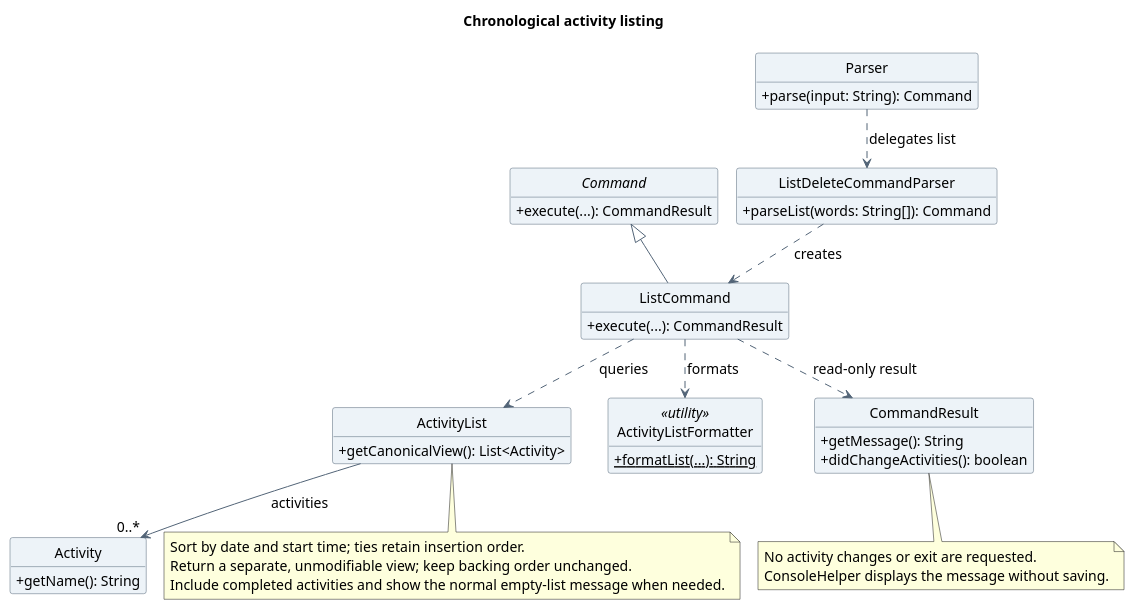
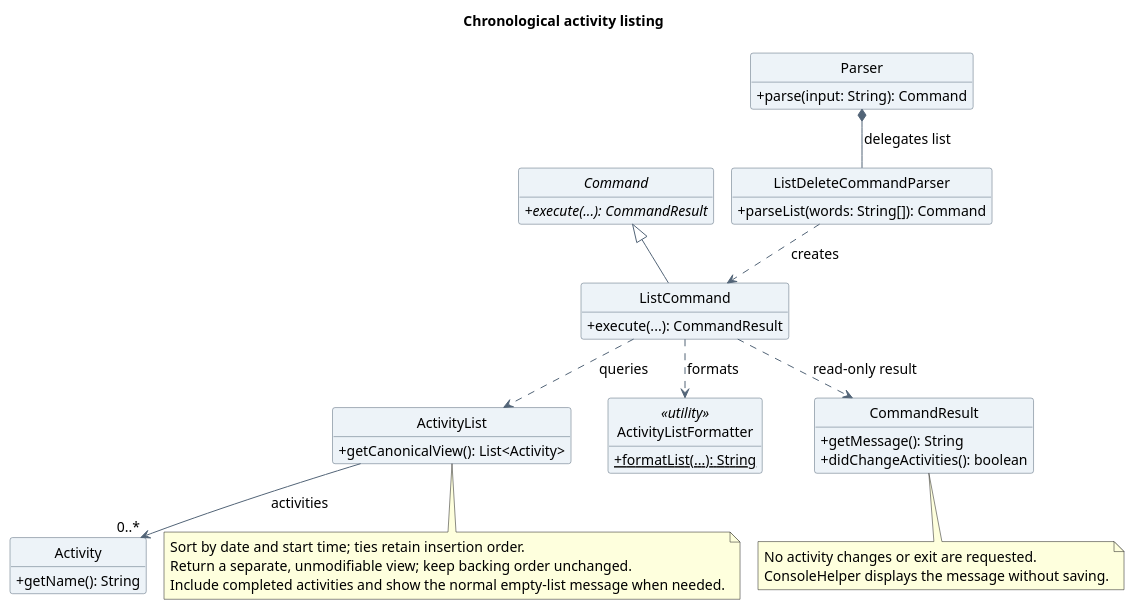
The diagram in docs/diagrams/asyraf/class/ListActivityClassDiagram.puml (AY2627S1-CS2113-T10-4/tp), drawn with PlantUML before and after one commit. The commit also changed 29 other files, not shown here.

First line of the commit message:
Align class diagrams with course UML notation

```diff
--- a/docs/diagrams/asyraf/class/ListActivityClassDiagram.puml
+++ b/docs/diagrams/asyraf/class/ListActivityClassDiagram.puml
@@ -4,56 +4,56 @@
 @startuml
 !pragma layout smetana
 title Chronological activity listing
 skinparam backgroundColor white
 skinparam shadowing false
 skinparam defaultFontName SansSerif
 skinparam defaultFontSize 14
 skinparam ArrowColor #526477
 skinparam classAttributeIconSize 0
 skinparam classBackgroundColor #EDF3F8
 skinparam classBorderColor #526477
 hide circle
 hide empty members
 
 abstract class Command {
-  +execute(...): CommandResult
+  {abstract} +execute(...): CommandResult
 }
 class Parser {
   +parse(input: String): Command
 }
 class ListDeleteCommandParser {
   +parseList(words: String[]): Command
 }
 class ListCommand {
   +execute(...): CommandResult
 }
 class ActivityList {
   +getCanonicalView(): List<Activity>
 }
 class Activity {
   +getName(): String
 }
 class ActivityListFormatter <<utility>> {
   {static} +formatList(...): String
 }
 class CommandResult {
   +getMessage(): String
   +didChangeActivities(): boolean
 }
 Command <|-- ListCommand
-Parser ..> ListDeleteCommandParser : delegates list
+Parser *-- ListDeleteCommandParser : delegates list
 ListDeleteCommandParser ..> ListCommand : creates
 ListCommand ..> ActivityList : queries
 ListCommand ..> ActivityListFormatter : formats
 ListCommand ..> CommandResult : read-only result
 ActivityList --> "0..*" Activity : activities
 note bottom of ActivityList
   Sort by date and start time; ties retain insertion order.
   Return a separate, unmodifiable view; keep backing order unchanged.
   Include completed activities and show the normal empty-list message when needed.
 end note
 note bottom of CommandResult
   No activity changes or exit are requested.
   ConsoleHelper displays the message without saving.
 end note
 @enduml
```
